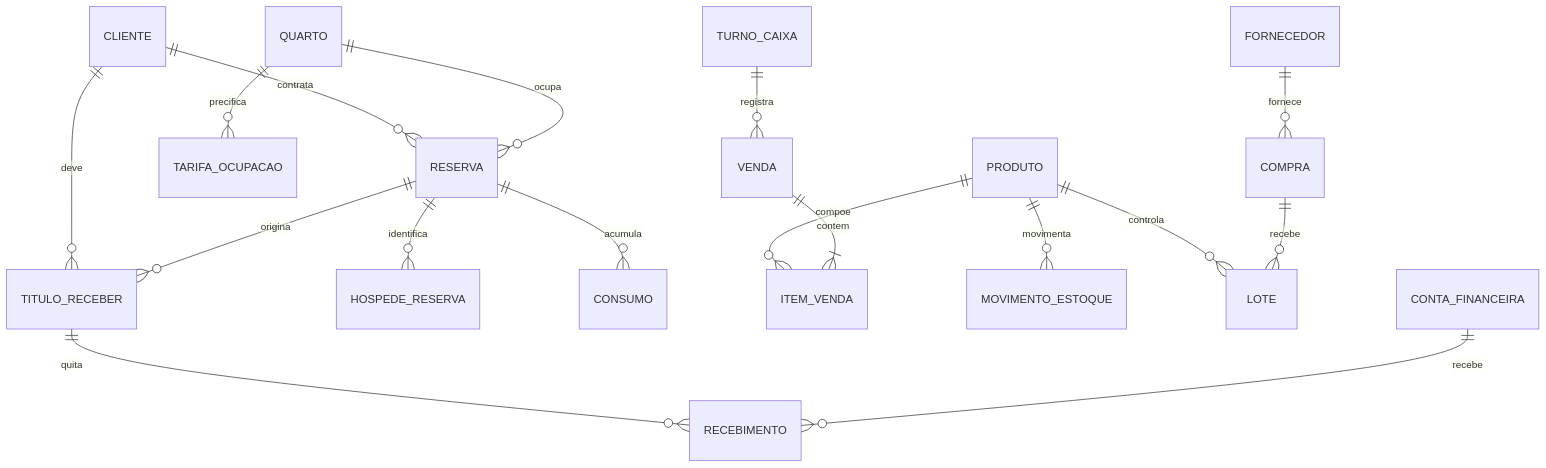
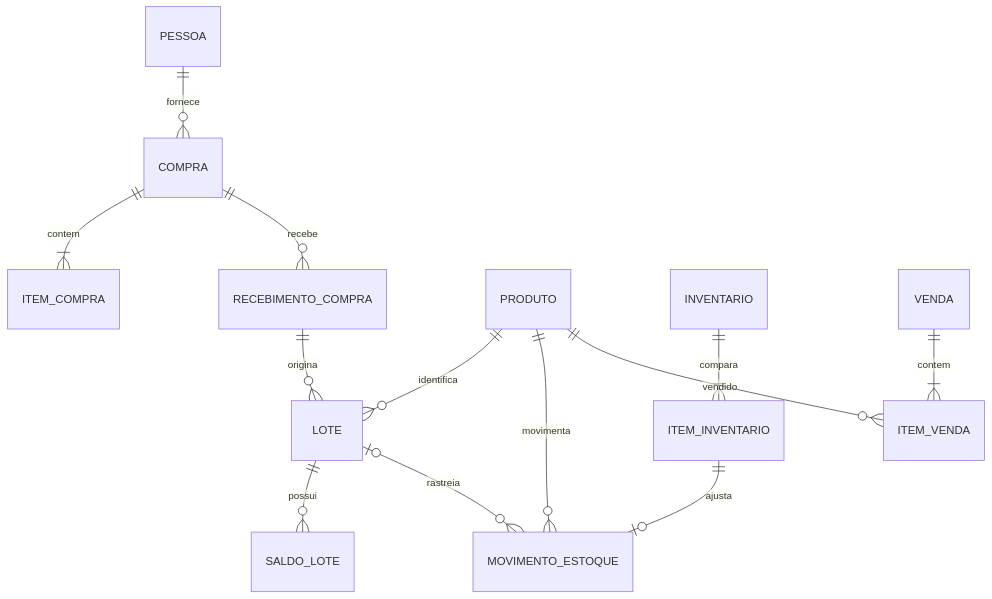
The third of 4 diagrams in docs/REQUISITOS_E_MODELAGEM_ERP.md (GuiMayer/erp-pousada), drawn with Mermaid before and after one commit. The commit also changed other lines of this file and 2 other files, not shown here.

```diff
--- a/docs/REQUISITOS_E_MODELAGEM_ERP.md
+++ b/docs/REQUISITOS_E_MODELAGEM_ERP.md
@@ -49,19 +183,15 @@
 ~~~mermaid
 erDiagram
-  CLIENTE ||--o{ RESERVA : contrata
-  CLIENTE ||--o{ TITULO_RECEBER : deve
-  QUARTO ||--o{ RESERVA : ocupa
-  QUARTO ||--o{ TARIFA_OCUPACAO : precifica
-  RESERVA ||--o{ HOSPEDE_RESERVA : identifica
-  RESERVA ||--o{ CONSUMO : acumula
-  RESERVA ||--o{ TITULO_RECEBER : origina
-  PRODUTO ||--o{ ITEM_VENDA : compoe
+  PESSOA ||--o{ COMPRA : fornece
+  COMPRA ||--|{ ITEM_COMPRA : contem
+  COMPRA ||--o{ RECEBIMENTO_COMPRA : recebe
+  RECEBIMENTO_COMPRA ||--o{ LOTE : origina
+  PRODUTO ||--o{ LOTE : identifica
+  LOTE ||--o{ SALDO_LOTE : possui
   PRODUTO ||--o{ MOVIMENTO_ESTOQUE : movimenta
-  PRODUTO ||--o{ LOTE : controla
-  FORNECEDOR ||--o{ COMPRA : fornece
-  COMPRA ||--o{ LOTE : recebe
+  LOTE o|--o{ MOVIMENTO_ESTOQUE : rastreia
+  INVENTARIO ||--|{ ITEM_INVENTARIO : compara
+  ITEM_INVENTARIO ||--o| MOVIMENTO_ESTOQUE : ajusta
   VENDA ||--|{ ITEM_VENDA : contem
-  TITULO_RECEBER ||--o{ RECEBIMENTO : quita
-  CONTA_FINANCEIRA ||--o{ RECEBIMENTO : recebe
-  TURNO_CAIXA ||--o{ VENDA : registra
+  PRODUTO ||--o{ ITEM_VENDA : vendido
 ~~~
```
